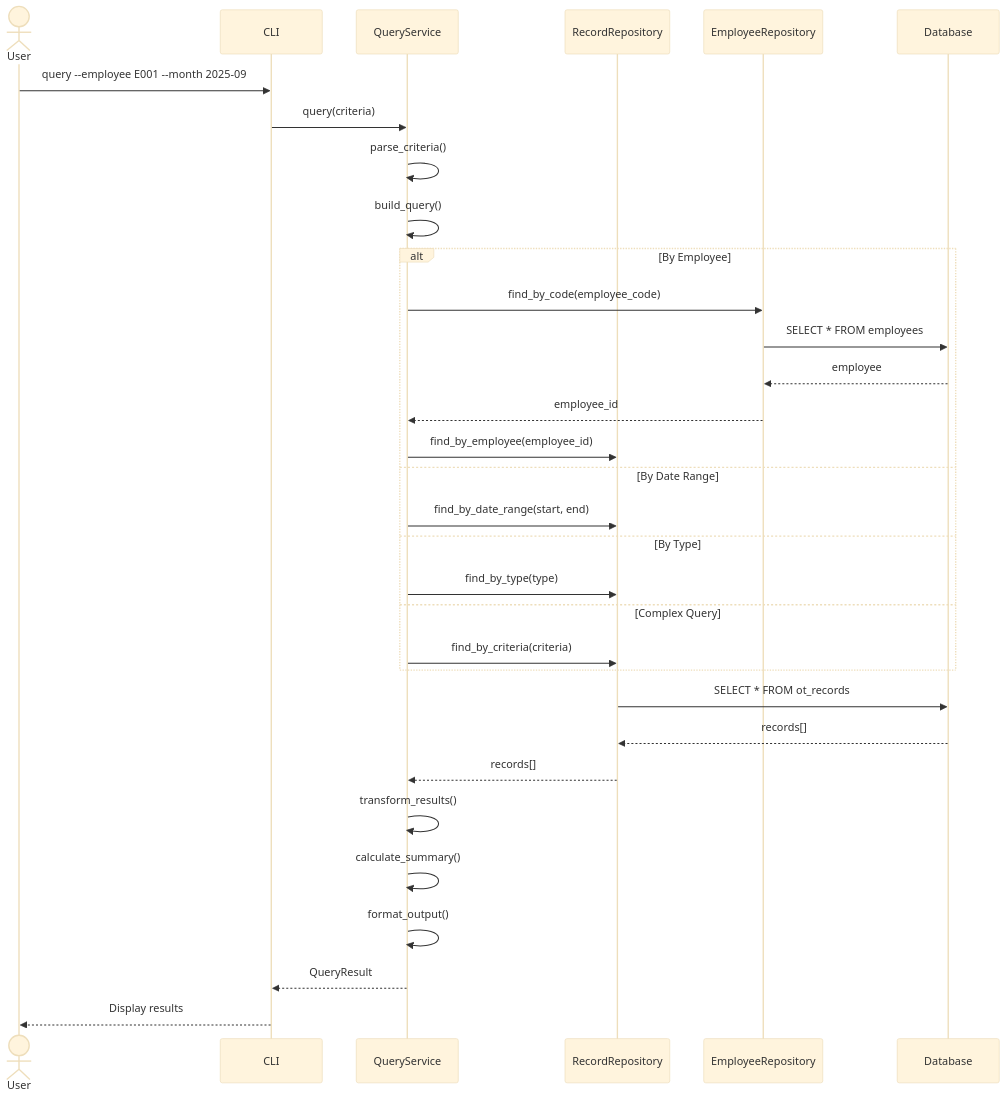
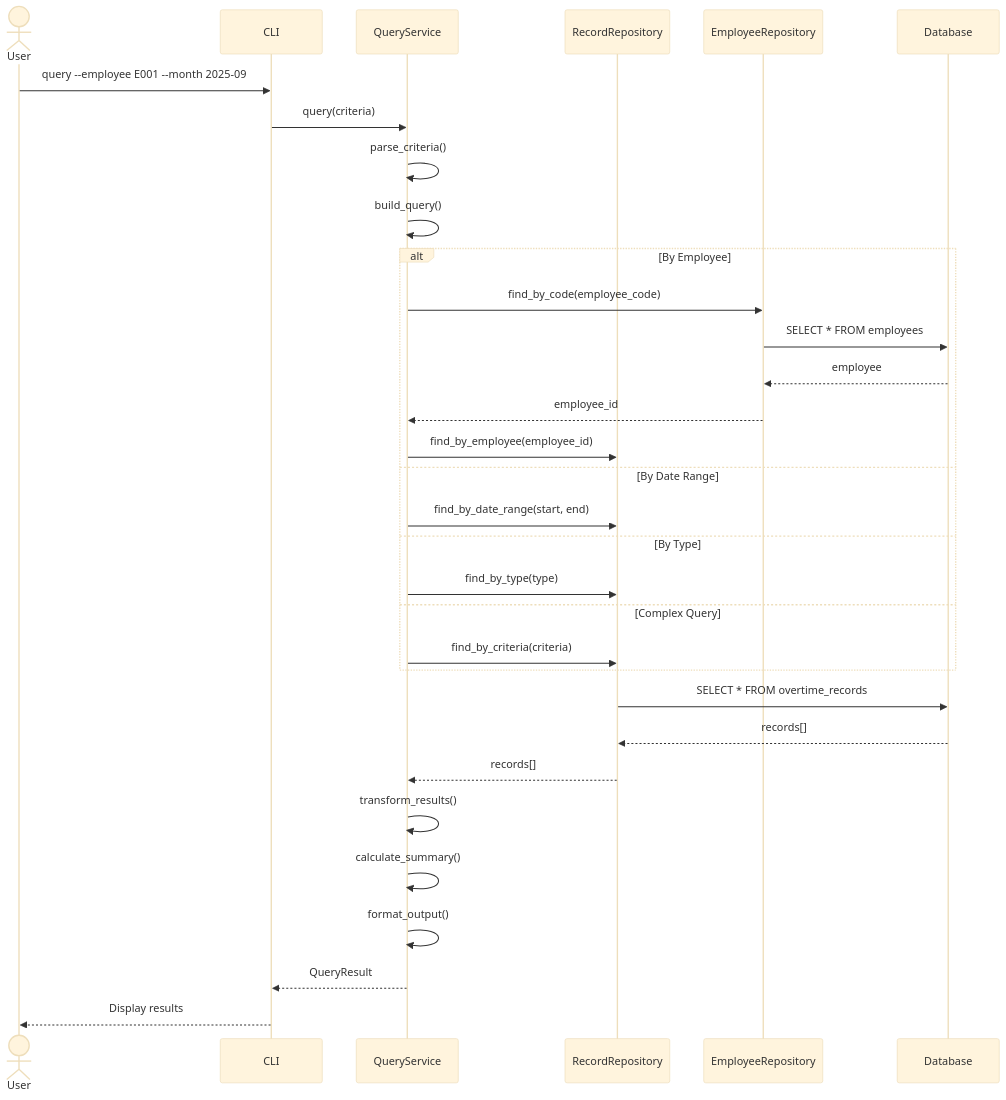
One commit to liushuo-rance/cal_worktree_test changed diagram 11 of 14 in docs/05-core-process-design.md. Above: the diagram before and after it, drawn with Mermaid (base theme). The commit also changed other lines of this file and 71 other files, not shown here.

````diff
--- a/docs/05-core-process-design.md
+++ b/docs/05-core-process-design.md
@@ -603,40 +609,40 @@
 ```mermaid
 sequenceDiagram
     actor User
     participant CLI as CLI
     participant QS as QueryService
     participant RR as RecordRepository
     participant ER as EmployeeRepository
     participant DB as Database
 
     User->>CLI: query --employee E001 --month 2025-09
     CLI->>QS: query(criteria)
     
     QS->>QS: parse_criteria()
     QS->>QS: build_query()
     
     alt By Employee
         QS->>ER: find_by_code(employee_code)
         ER->>DB: SELECT * FROM employees
         DB-->>ER: employee
         ER-->>QS: employee_id
         QS->>RR: find_by_employee(employee_id)
     else By Date Range
         QS->>RR: find_by_date_range(start, end)
     else By Type
         QS->>RR: find_by_type(type)
     else Complex Query
         QS->>RR: find_by_criteria(criteria)
     end
     
-    RR->>DB: SELECT * FROM ot_records
+    RR->>DB: SELECT * FROM overtime_records
     DB-->>RR: records[]
     RR-->>QS: records[]
     
     QS->>QS: transform_results()
     QS->>QS: calculate_summary()
     QS->>QS: format_output()
     
     QS-->>CLI: QueryResult
     CLI-->>User: Display results
 ```
````
